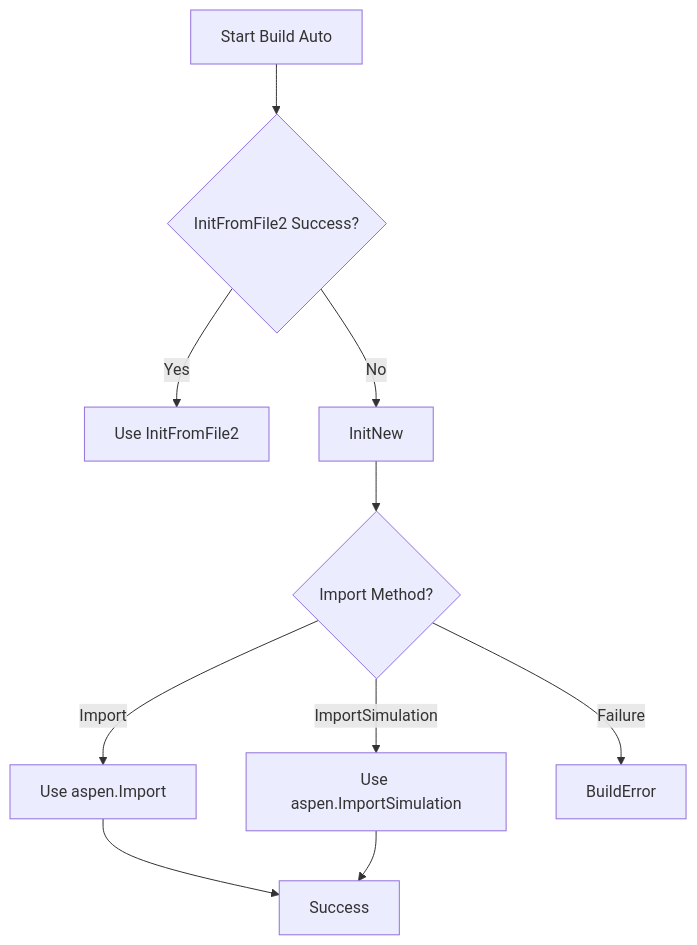
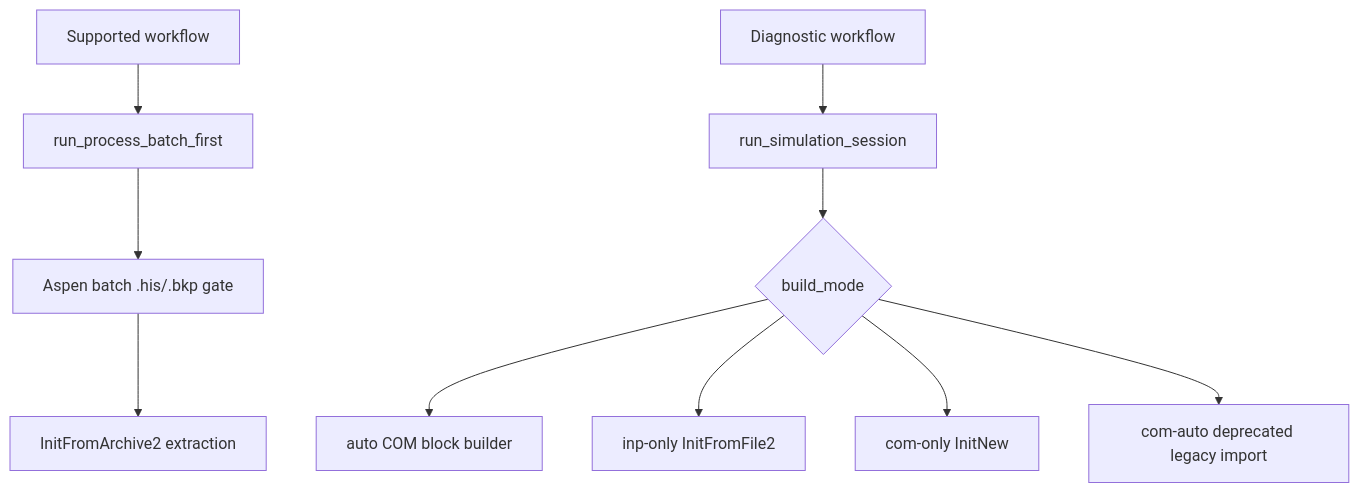
One commit to ADR82-DESES/ASPEN_PY changed the diagram in docs/SESSION_MANAGEMENT.md. Above: the diagram before and after it, drawn with Mermaid. The commit also changed other lines of this file and 77 other files, not shown here.

````diff
--- a/docs/SESSION_MANAGEMENT.md
+++ b/docs/SESSION_MANAGEMENT.md
@@ -17,12 +20,12 @@
 ```mermaid
 graph TD
-    A[Start Build Auto] --> B{InitFromFile2 Success?}
-    B -- Yes --> C[Use InitFromFile2]
-    B -- No --> D[InitNew]
-    D --> E{Import Method?}
-    E -- Import --> F[Use aspen.Import]
-    E -- ImportSimulation --> G[Use aspen.ImportSimulation]
-    F --> H[Success]
-    G --> H
-    E -- Failure --> I[BuildError]
+    A[Supported workflow] --> B[run_process_batch_first]
+    B --> C[Aspen batch .his/.bkp gate]
+    C --> D[InitFromArchive2 extraction]
+    E[Diagnostic workflow] --> F[run_simulation_session]
+    F --> G{build_mode}
+    G --> H[auto COM block builder]
+    G --> I[inp-only InitFromFile2]
+    G --> J[com-only InitNew]
+    G --> K[com-auto deprecated legacy import]
 ```
````
